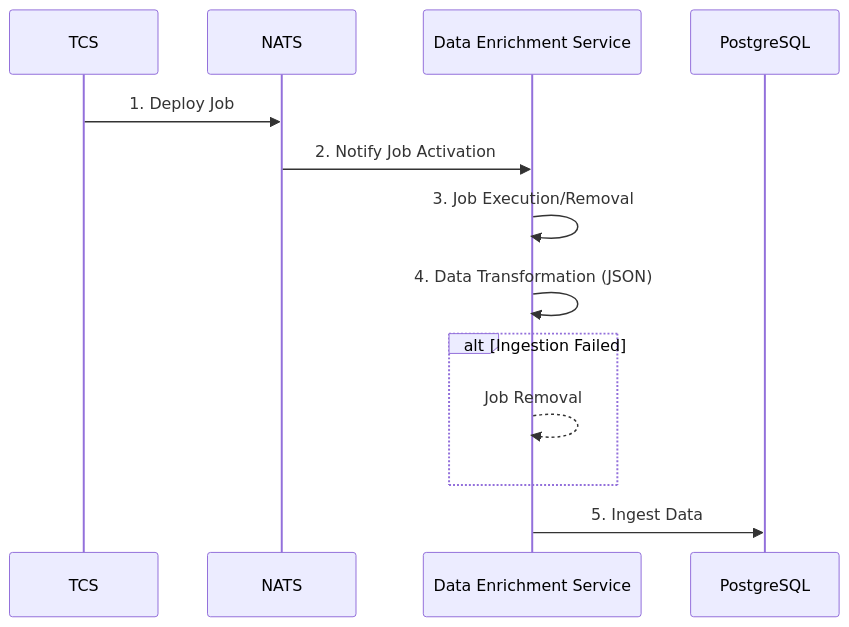
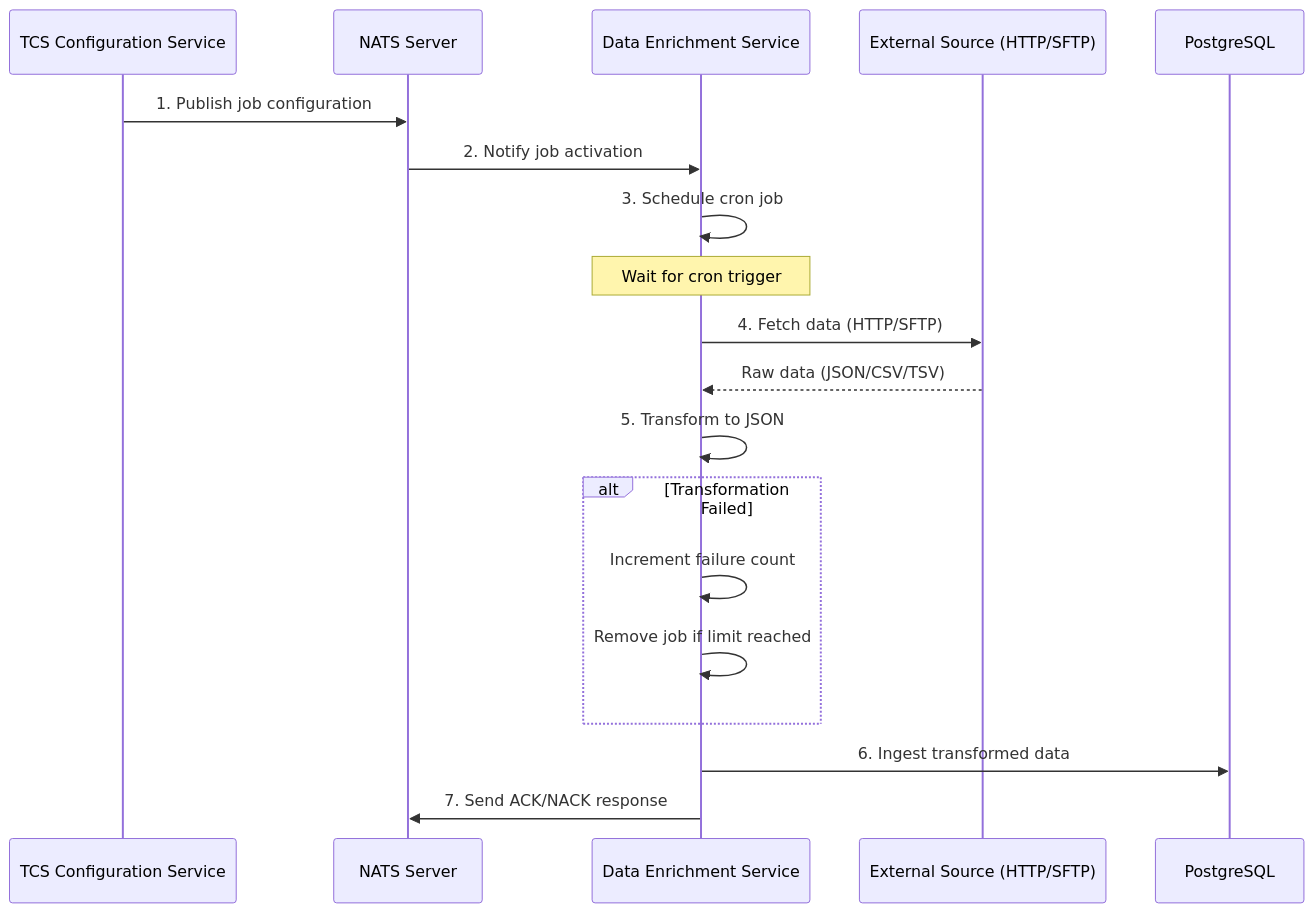
One commit to tazama-lf/data-enrichment-service changed the second of 2 diagrams in README.md. Above: the diagram before and after it, drawn with Mermaid. The commit also changed other lines of this file, not shown here.

````diff
--- a/README.md
+++ b/README.md
@@ -153,16 +178,22 @@
 ```mermaid
 sequenceDiagram
-    participant TCS as TCS
-    participant NATS as NATS
+    participant TCS as TCS Configuration Service
+    participant NATS as NATS Server
     participant DEAPI as Data Enrichment Service
+    participant Source as External Source (HTTP/SFTP)
     participant DB as PostgreSQL
     
-    TCS->>NATS: 1. Deploy Job
-    NATS->>DEAPI: 2. Notify Job Activation
-    DEAPI->>DEAPI: 3. Job Execution/Removal
-    DEAPI->>DEAPI: 4. Data Transformation (JSON)
-    alt Ingestion Failed
-        DEAPI-->>DEAPI: Job Removal
+    TCS->>NATS: 1. Publish job configuration
+    NATS->>DEAPI: 2. Notify job activation
+    DEAPI->>DEAPI: 3. Schedule cron job
+    Note over DEAPI: Wait for cron trigger
+    DEAPI->>Source: 4. Fetch data (HTTP/SFTP)
+    Source-->>DEAPI: Raw data (JSON/CSV/TSV)
+    DEAPI->>DEAPI: 5. Transform to JSON
+    alt Transformation Failed
+        DEAPI->>DEAPI: Increment failure count
+        DEAPI->>DEAPI: Remove job if limit reached
     end
-    DEAPI->>DB: 5. Ingest Data
+    DEAPI->>DB: 6. Ingest transformed data
+    DEAPI->>NATS: 7. Send ACK/NACK response
 ```
````
